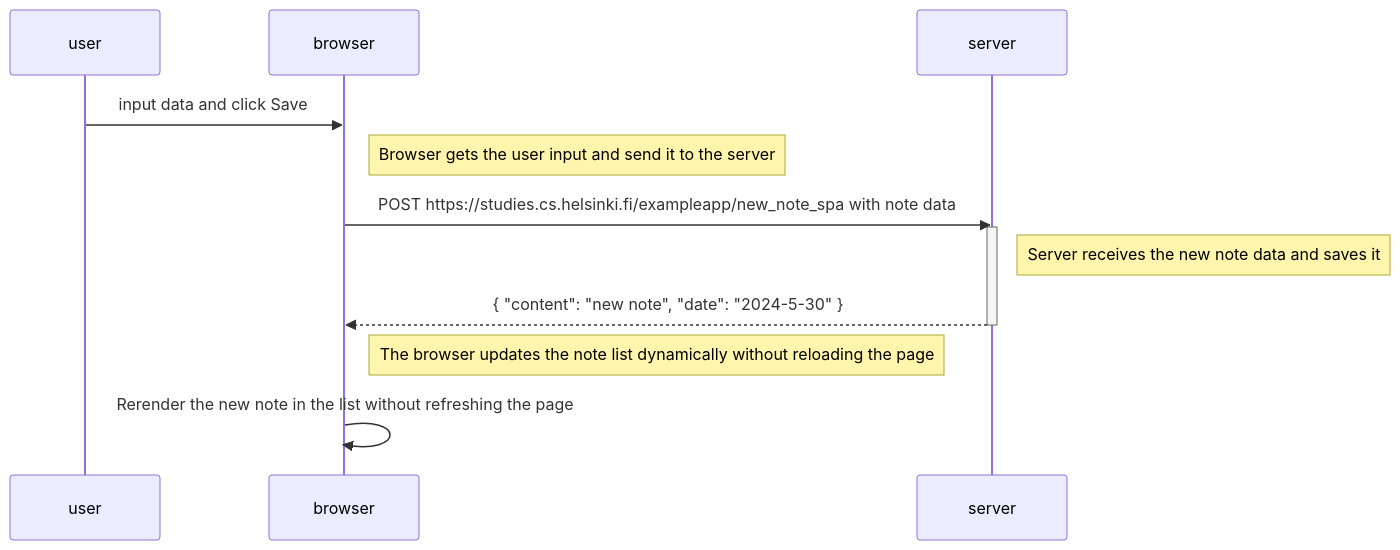
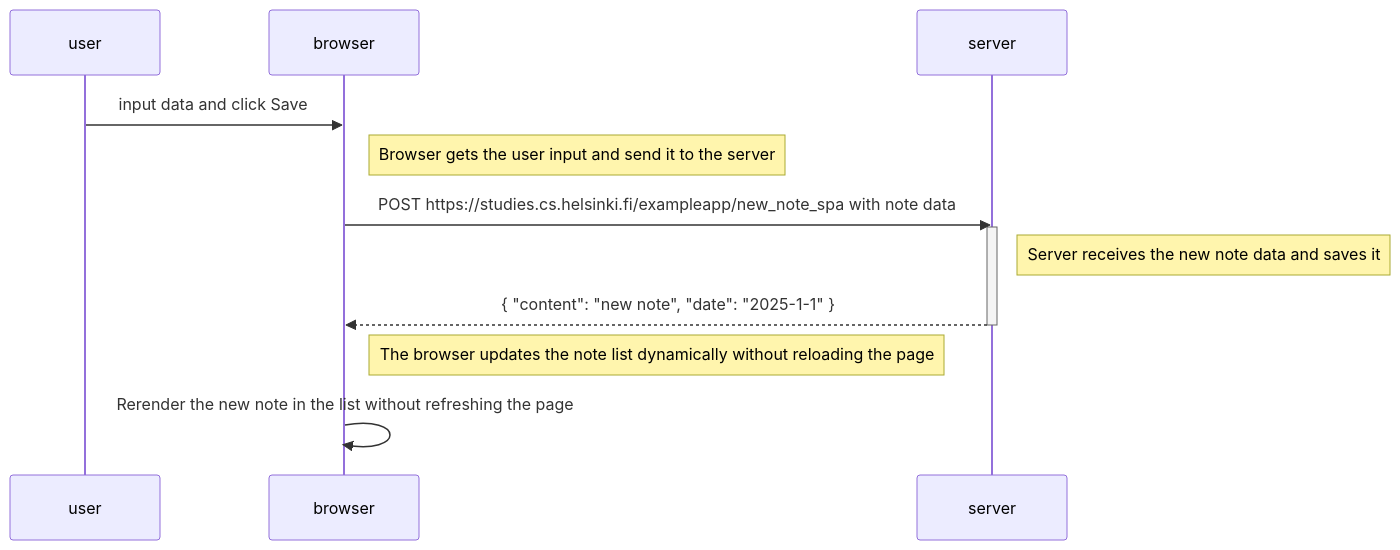
Before and after one commit to Aboobacker-FA/FullStackOpen: the diagram in part 0/0.6-New note in SPA diagram.md, drawn with Mermaid.

Commit message:
minor update ex 0.6

````diff
--- a/part 0/0.6-New note in SPA diagram.md
+++ b/part 0/0.6-New note in SPA diagram.md
@@ -1,19 +1,19 @@
 ```mermaid
 sequenceDiagram
     participant user
     participant browser
     participant server
 
     user->>browser: input data and click Save
     Note right of browser: Browser gets the user input and send it to the server
 
     browser->>server: POST https://studies.cs.helsinki.fi/exampleapp/new_note_spa with note data
     activate server
     Note right of server: Server receives the new note data and saves it
-    server-->>browser: { "content": "new note", "date": "2024-5-30" }
+    server-->>browser: { "content": "new note", "date": "2025-1-1" }
     deactivate server
 
     Note right of browser: The browser updates the note list dynamically without reloading the page
     browser->>browser: Rerender the new note in the list without refreshing the page
 
 ```
````
